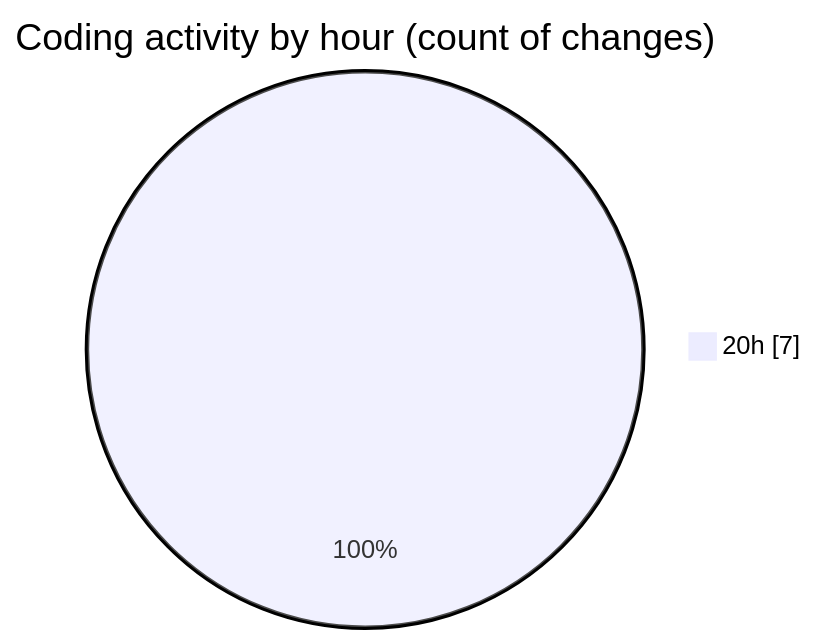
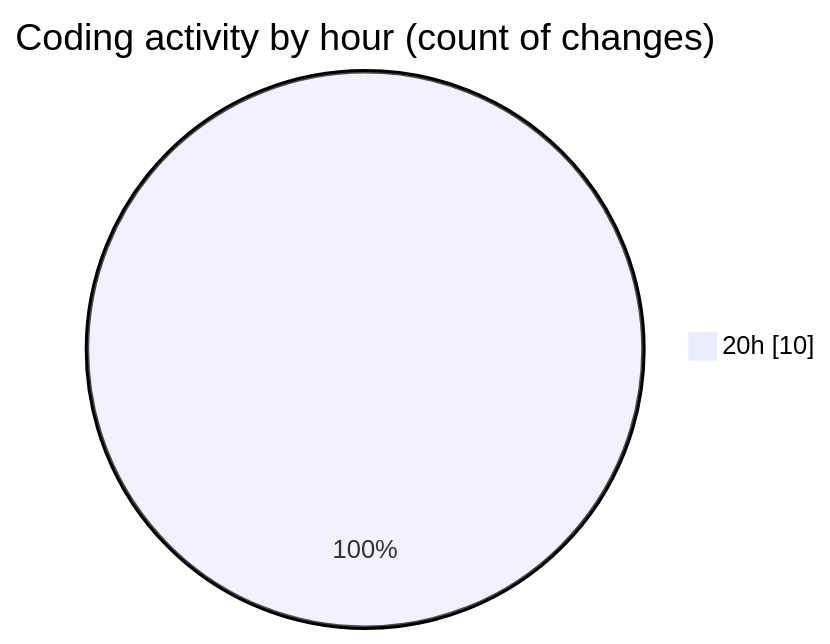
One commit to idhammustaqopulfikri/code-tracking changed the second of 2 diagrams in 2025-04-10/test/README.md. Above: the diagram before and after it, drawn with Mermaid. The commit also changed other lines of this file and 1 other file, not shown here.

````diff
--- a/2025-04-10/test/README.md
+++ b/2025-04-10/test/README.md
@@ -31,5 +35,5 @@
 ```mermaid
 pie showData
 title Coding activity by hour (count of changes)
-"20h" : 7
+"20h" : 10
 ```
````
